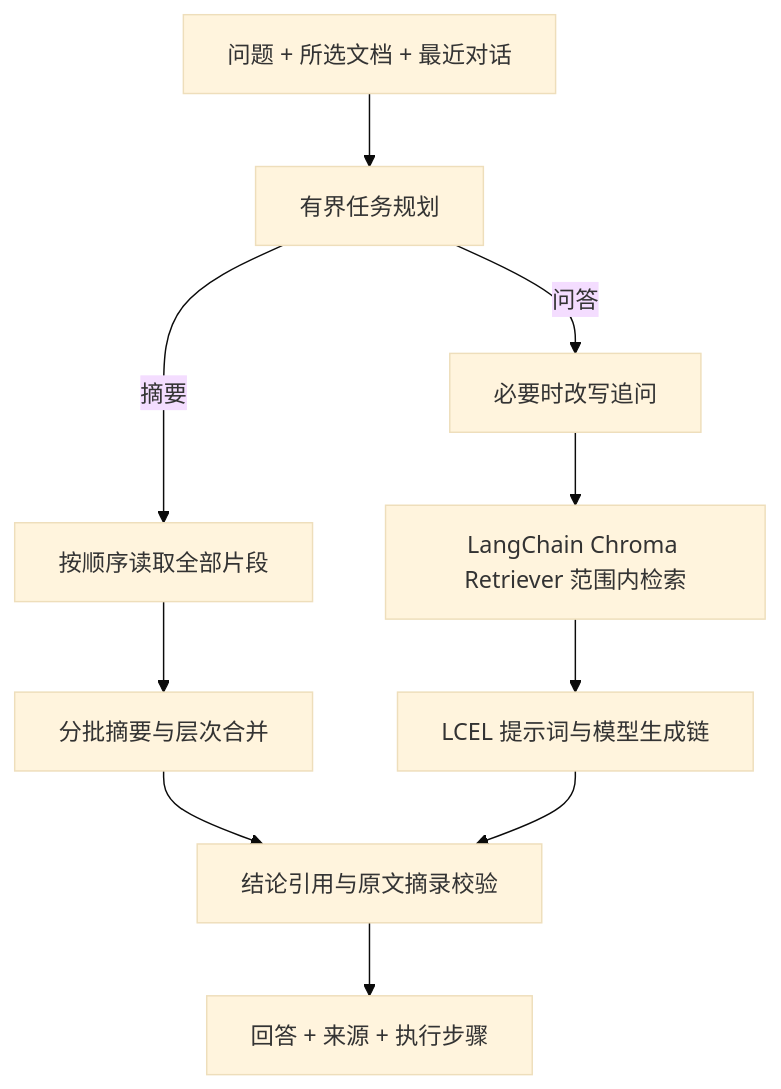
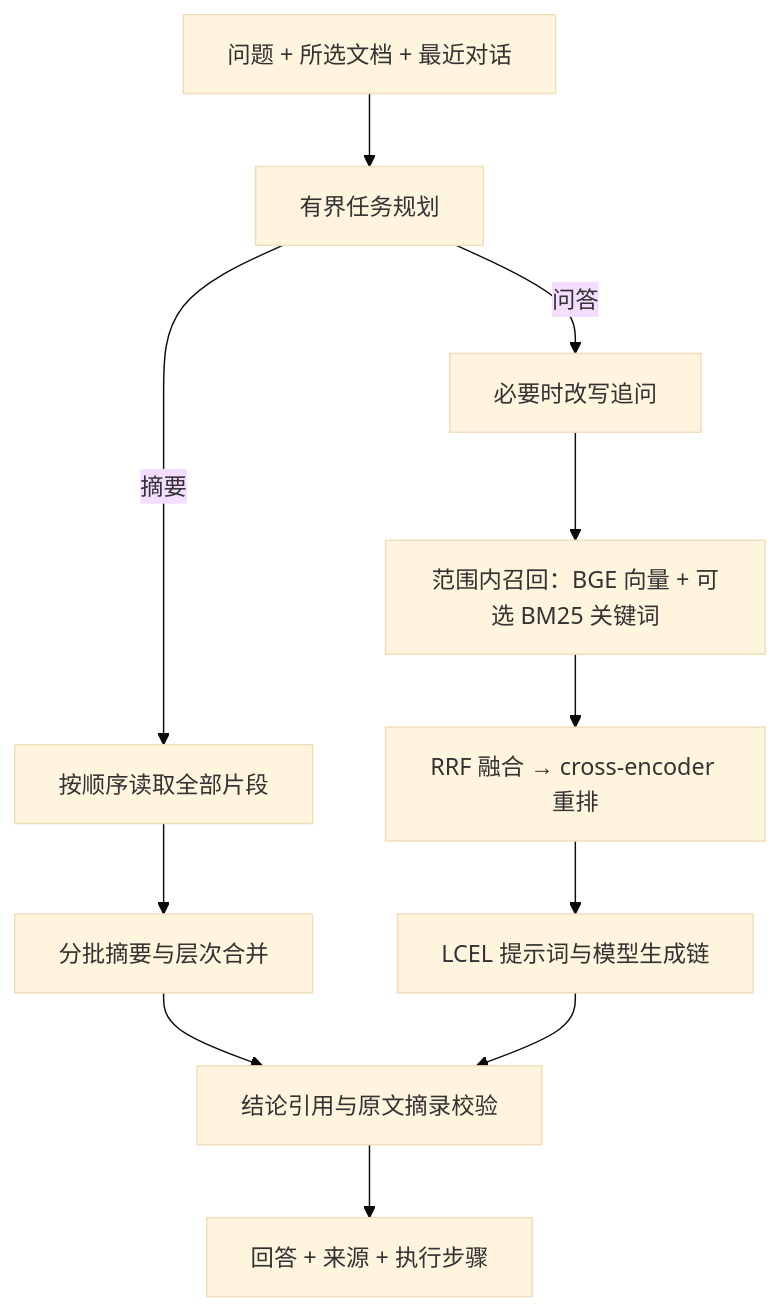
The diagram in README.md (jiapeng-lab/CiteLeaf), drawn with Mermaid (base theme) before and after one commit. The commit also changed other lines of this file and 11 other files, not shown here.

````diff
--- a/README.md
+++ b/README.md
@@ -61,12 +68,13 @@
 ```mermaid
 flowchart TD
     U[问题 + 所选文档 + 最近对话] --> P[有界任务规划]
     P -->|问答| H[必要时改写追问]
-    H --> R[LangChain Chroma Retriever 范围内检索]
+    H --> R[范围内召回：BGE 向量 + 可选 BM25 关键词]
+    R --> RF[RRF 融合 → cross-encoder 重排]
     P -->|摘要| F[按顺序读取全部片段]
     F --> M[分批摘要与层次合并]
-    R --> G[LCEL 提示词与模型生成链]
+    RF --> G[LCEL 提示词与模型生成链]
     M --> V[结论引用与原文摘录校验]
     G --> V
     V --> A[回答 + 来源 + 执行步骤]
 ```
````
